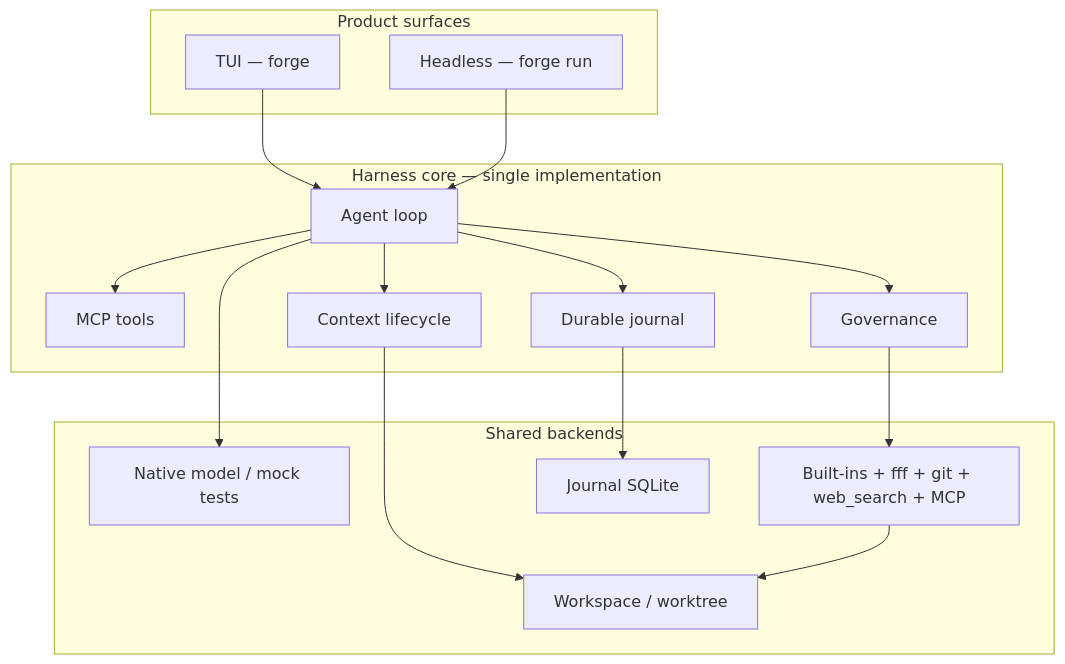
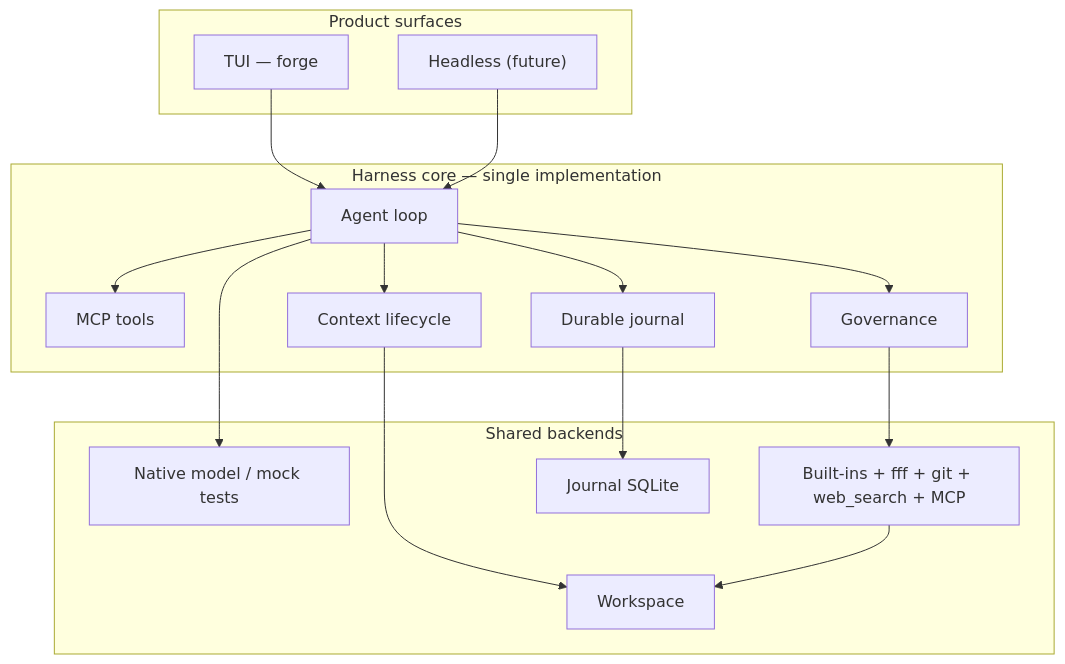
Diagram 12 of 14 in docs/architecture.md (NorviaLabs/forge), drawn with Mermaid before and after one commit. The commit also changed other lines of this file and 18 other files, not shown here.

Commit message:
Remove forge-workspace crate and clean up references

````diff
--- a/docs/architecture.md
+++ b/docs/architecture.md
@@ -622,34 +621,34 @@
 ```mermaid
 flowchart TB
   subgraph product["Product surfaces"]
     TUI["TUI — forge"]
-    HD["Headless — forge run"]
+    HD["Headless (future)"]
   end
 
   subgraph harness["Harness core — single implementation"]
     LOOP[Agent loop]
     MCP[MCP tools]
     CTX[Context lifecycle]
     DUR[Durable journal]
     GOV[Governance]
   end
 
   subgraph shared["Shared backends"]
     M[Native model / mock tests]
     TOOLS[Built-ins + fff + git + web_search + MCP]
     J[Journal SQLite]
-    WS[Workspace / worktree]
+    WS[Workspace]
   end
 
   TUI --> LOOP
   HD --> LOOP
   LOOP --> CTX
   LOOP --> DUR
   LOOP --> GOV
   LOOP --> M
   LOOP --> MCP
   GOV --> TOOLS
   DUR --> J
   CTX --> WS
   TOOLS --> WS
 ```
````
